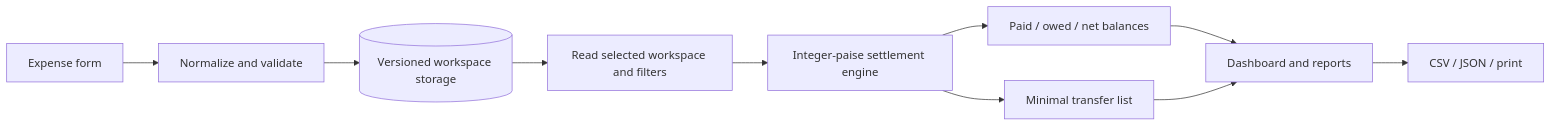
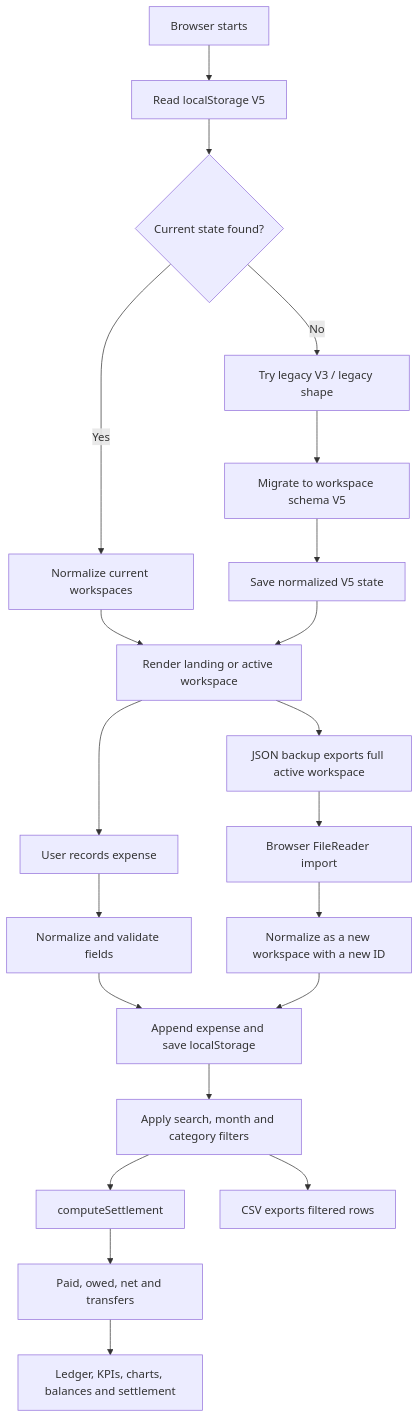
The diagram in architecture/diagrams/expense-data-flow.mmd (MYG-1107/Bachelor-Finance-Manager), drawn with Mermaid before and after one commit.

Commit message:
docs: document browser startup and expense data flow

```diff
--- a/architecture/diagrams/expense-data-flow.mmd
+++ b/architecture/diagrams/expense-data-flow.mmd
@@ -1,10 +1,21 @@
-flowchart LR
-  Form[Expense form] --> Validate[Normalize and validate]
-  Validate --> Save[(Versioned workspace storage)]
-  Save --> Read[Read selected workspace and filters]
-  Read --> Engine[Integer-paise settlement engine]
-  Engine --> Balance[Paid / owed / net balances]
-  Engine --> Transfer[Minimal transfer list]
-  Balance --> Dashboard[Dashboard and reports]
-  Transfer --> Dashboard
-  Dashboard --> Export[CSV / JSON / print]
+flowchart TB
+  Start[Browser starts] --> Load[Read localStorage V5]
+  Load --> Found{Current state found?}
+  Found -- Yes --> Normalize[Normalize current workspaces]
+  Found -- No --> Legacy[Try legacy V3 / legacy shape]
+  Legacy --> Migrate[Migrate to workspace schema V5]
+  Normalize --> Ready[Render landing or active workspace]
+  Migrate --> Save[Save normalized V5 state]
+  Save --> Ready
+  Ready --> Form[User records expense]
+  Form --> Validate[Normalize and validate fields]
+  Validate --> Persist[Append expense and save localStorage]
+  Persist --> Filter[Apply search, month and category filters]
+  Filter --> Engine[computeSettlement]
+  Engine --> Result[Paid, owed, net and transfers]
+  Result --> Render[Ledger, KPIs, charts, balances and settlement]
+  Filter --> CSV[CSV exports filtered rows]
+  Ready --> JSON[JSON backup exports full active workspace]
+  JSON --> Import[Browser FileReader import]
+  Import --> NormalizeImport[Normalize as a new workspace with a new ID]
+  NormalizeImport --> Persist
```
